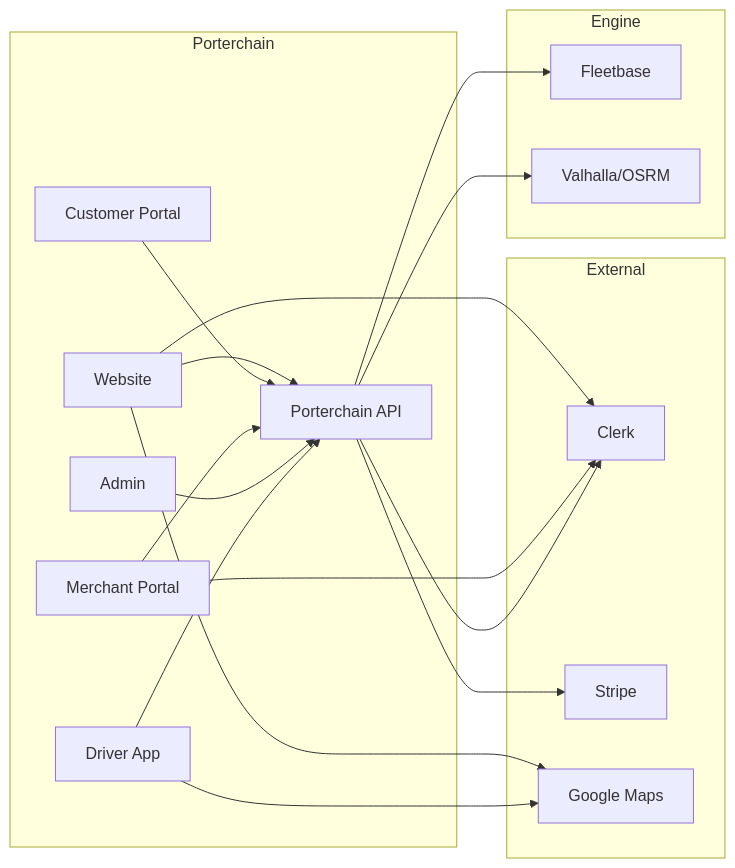
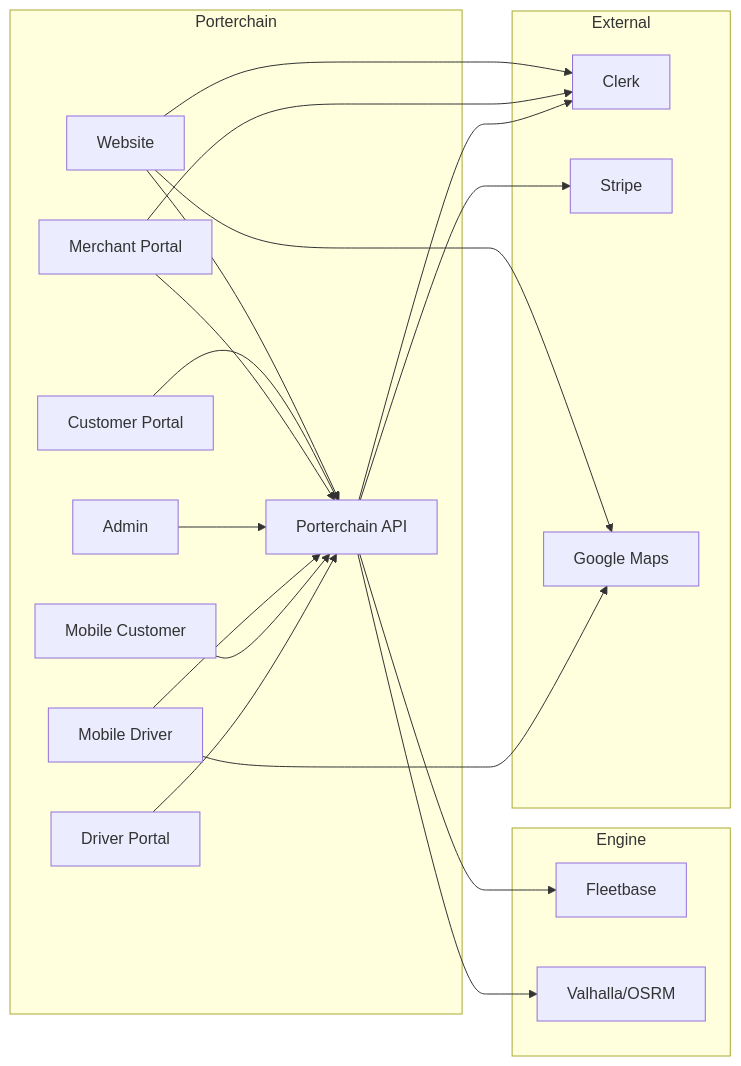
Diagram 11 of 11 in SYSTEM_SEQUENCE_DIAGRAMS.md (PORTERCHAIN-INC/PCD), drawn with Mermaid before and after one commit. The commit also changed other lines of this file and 453 other files, not shown here.

````diff
--- a/SYSTEM_SEQUENCE_DIAGRAMS.md
+++ b/SYSTEM_SEQUENCE_DIAGRAMS.md
@@ -264,33 +267,37 @@
 ```mermaid
 flowchart LR
     subgraph Porterchain
         Web[Website]
         CP[Customer Portal]
         MP[Merchant Portal]
         AD[Admin]
-        DA[Driver App]
+        DA[Mobile Driver]
+        MC[Mobile Customer]
+        DP[Driver Portal]
         API[Porterchain API]
     end
     subgraph External
         Clerk[Clerk]
         Stripe[Stripe]
         Maps[Google Maps]
     end
     subgraph Engine
         FB[Fleetbase]
         Val[Valhalla/OSRM]
     end
     Web --> API
     CP --> API
     MP --> API
     AD --> API
     DA --> API
+    MC --> API
+    DP --> API
     Web --> Clerk
     MP --> Clerk
     API --> Clerk
     API --> Stripe
     API --> FB
     API --> Val
     Web --> Maps
     DA --> Maps
 ```
````
